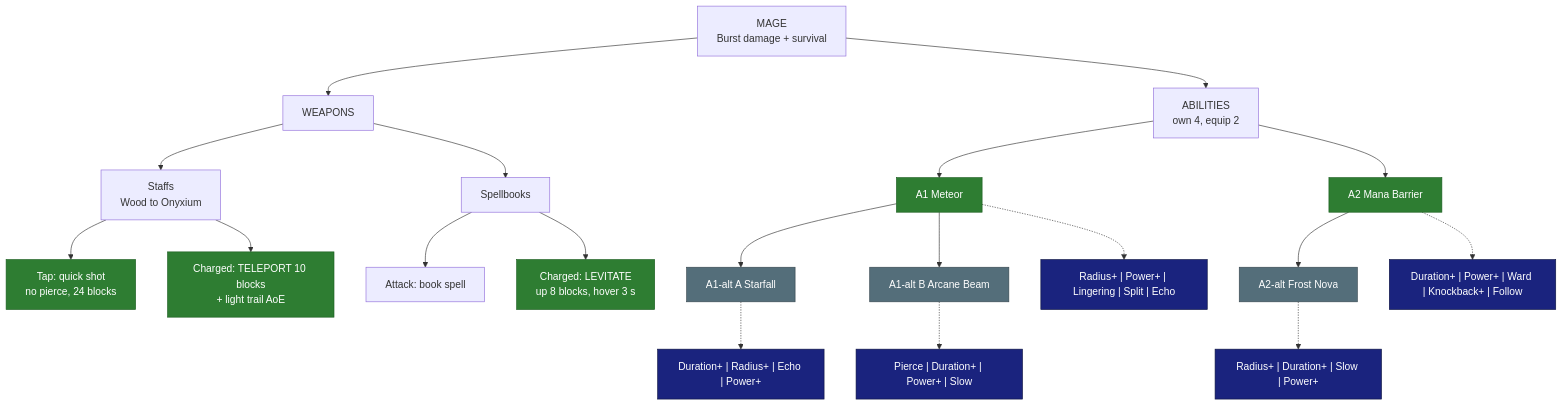
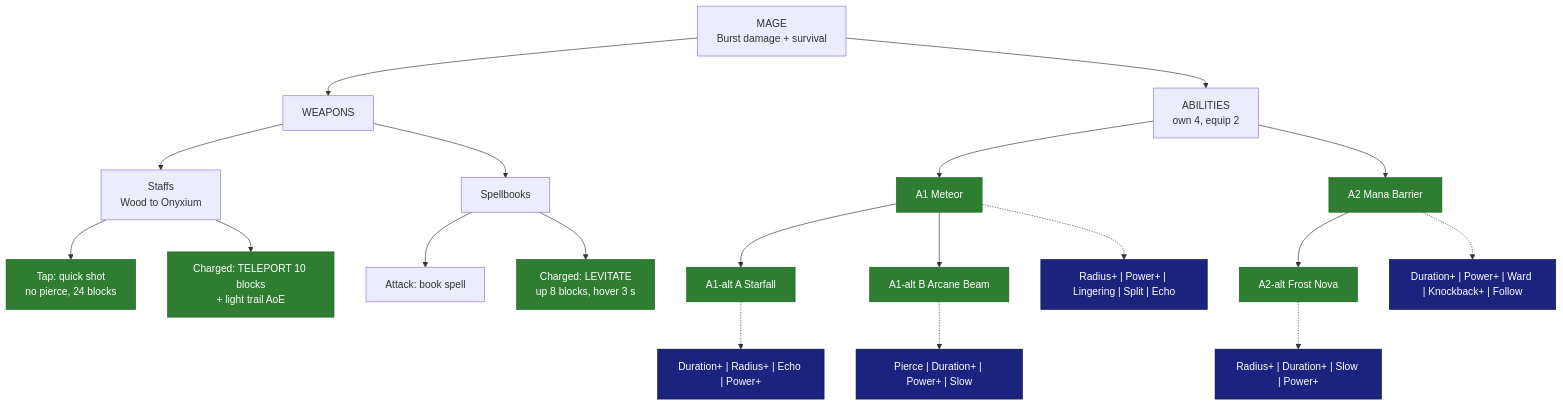
One commit to SkyyPlayz/SkyyWynnBlock changed the diagram in research/classes/Mage.md. Above: the diagram before and after it, drawn with Mermaid. The commit also changed other lines of this file and 12 other files, not shown here.

````diff
--- a/research/classes/Mage.md
+++ b/research/classes/Mage.md
@@ -22,28 +22,27 @@
 ```mermaid
 flowchart TD
   CLS["MAGE<br/>Burst damage + survival"]
   CLS --> WPN["WEAPONS"]
   CLS --> ABL["ABILITIES<br/>own 4, equip 2"]
   WPN --> ST["Staffs<br/>Wood to Onyxium"]
   ST --> STa["Tap: quick shot<br/>no pierce, 24 blocks"]
   ST --> STc["Charged: TELEPORT 10 blocks<br/>+ light trail AoE"]
   WPN --> BK["Spellbooks"]
   BK --> BKa["Attack: book spell"]
   BK --> BKc["Charged: LEVITATE<br/>up 8 blocks, hover 3 s"]
   ABL --> A1["A1 Meteor"]
   A1 --> A1A["A1-alt A Starfall"]
   A1 --> A1B["A1-alt B Arcane Beam"]
   ABL --> A2["A2 Mana Barrier"]
   A2 --> A2X["A2-alt Frost Nova"]
   A1 -.-> M1["Radius+ | Power+ | Lingering | Split | Echo"]
   A1A -.-> M2["Duration+ | Radius+ | Echo | Power+"]
   A1B -.-> M3["Pierce | Duration+ | Power+ | Slow"]
   A2 -.-> M4["Duration+ | Power+ | Ward | Knockback+ | Follow"]
   A2X -.-> M5["Radius+ | Duration+ | Slow | Power+"]
   classDef locked fill:#2e7d32,color:#fff,stroke:#1b5e20
   classDef proposed fill:#546e7a,color:#fff,stroke:#37474f
   classDef mods fill:#1a237e,color:#fff,stroke:#0d1442
-  class A1,A2,STa,STc,BKc locked
-  class A1A,A1B,A2X proposed
+  class A1,A2,STa,STc,BKc,A1A,A1B,A2X locked
   class M1,M2,M3,M4,M5 mods
 ```
````
